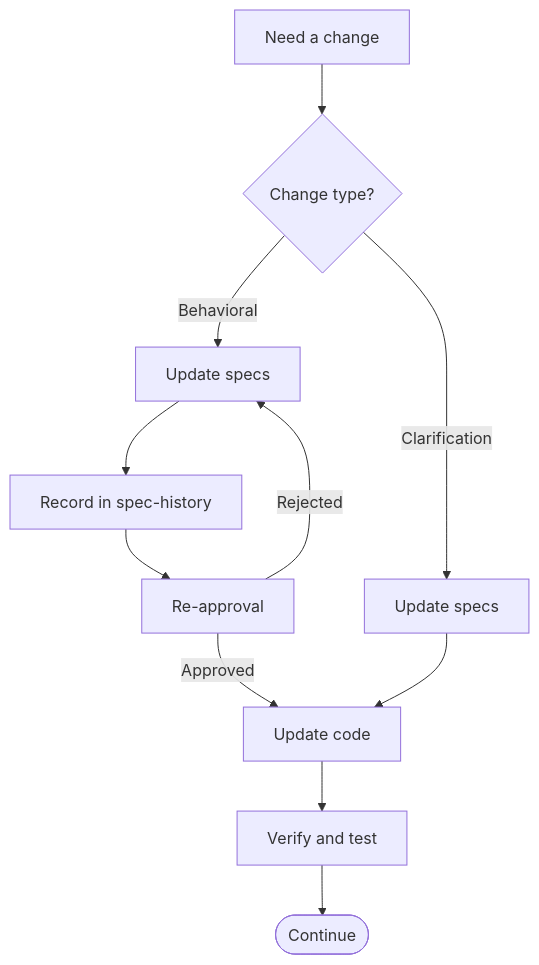
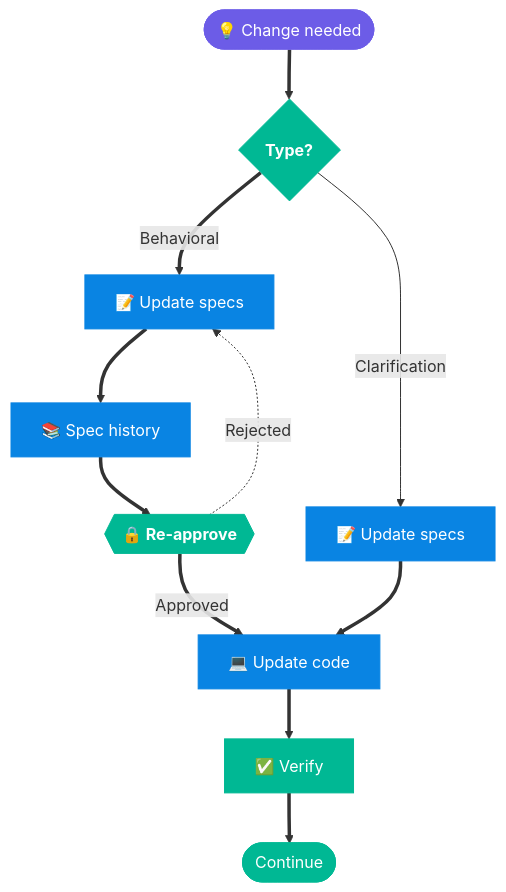
One commit to yunusakin/spectra changed the fourth of 4 diagrams in README.md. Above: the diagram before and after it, drawn with Mermaid. The commit also changed other lines of this file, not shown here.

````diff
--- a/README.md
+++ b/README.md
@@ -149,16 +190,26 @@
 ```mermaid
 flowchart TD
-  Change["Need a change"] --> Type{"Change type?"}
+  Change(["💡 Change needed"]) ==> Type{"Type?"}
 
-  Type -->|Clarification| Update["Update specs"]
-  Type -->|Behavioral| Specs["Update specs"]
+  Type -->|Clarification| Update["📝 Update specs"]
+  Type ==>|Behavioral| Specs["📝 Update specs"]
 
-  Specs --> History["Record in spec-history"]
-  History --> Reapprove["Re-approval"]
-  Reapprove -->|Approved| Code["Update code"]
-  Reapprove -->|Rejected| Specs
+  Specs ==> History["📚 Spec history"]
+  History ==> Reapprove{{"🔒 Re-approve"}}
+  Reapprove ==>|Approved| Code["💻 Update code"]
+  Reapprove -.->|Rejected| Specs
 
-  Update --> Code
-  Code --> Verify["Verify and test"]
-  Verify --> Done(["Continue"])
+  Update ==> Code
+  Code ==> Verify["✅ Verify"]
+  Verify ==> Done(["Continue"])
+
+  classDef start fill:#6C5CE7,stroke:#6C5CE7,color:#fff
+  classDef work fill:#0984E3,stroke:#0984E3,color:#fff
+  classDef gate fill:#00B894,stroke:#00B894,color:#fff,font-weight:bold
+  classDef finish fill:#00B894,stroke:#00B894,color:#fff
+
+  class Change start
+  class Update,Specs,History,Code work
+  class Type,Reapprove gate
+  class Verify,Done finish
 ```
````
